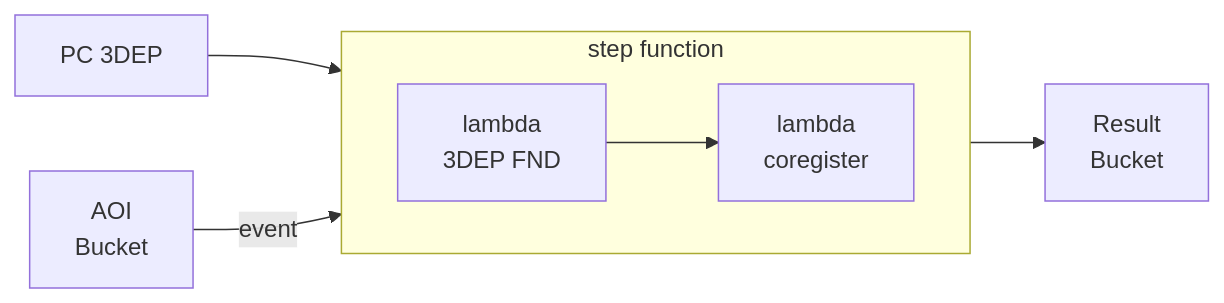
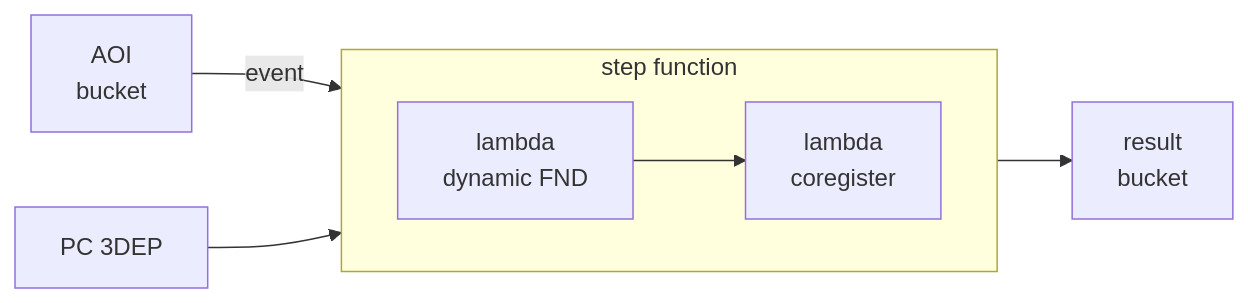
One commit to pjhartzell/CODEM changed the second of 3 diagrams in aws/api.md. Above: the diagram before and after it, drawn with Mermaid. The commit also changed other lines of this file, not shown here.

````diff
--- a/aws/api.md
+++ b/aws/api.md
@@ -14,10 +14,10 @@
 ```mermaid
 flowchart LR
     subgraph id0["step function"]
         direction LR
-        id1["lambda <br> 3DEP FND"] --> id2["lambda <br> coregister"]
+        id1["lambda <br> dynamic FND"] --> id2["lambda <br> coregister"]
     end
-    id3["AOI <br> Bucket"] -- event --> id0
-    id4["PC 3DEP"] --> id1
-    id2 --> id5["Result <br> Bucket"]
+    id3["AOI <br> bucket"]--event-->id0
+    id0-->id4["result <br> bucket"]
+    id5["PC 3DEP"]-->id0
 ```
````
